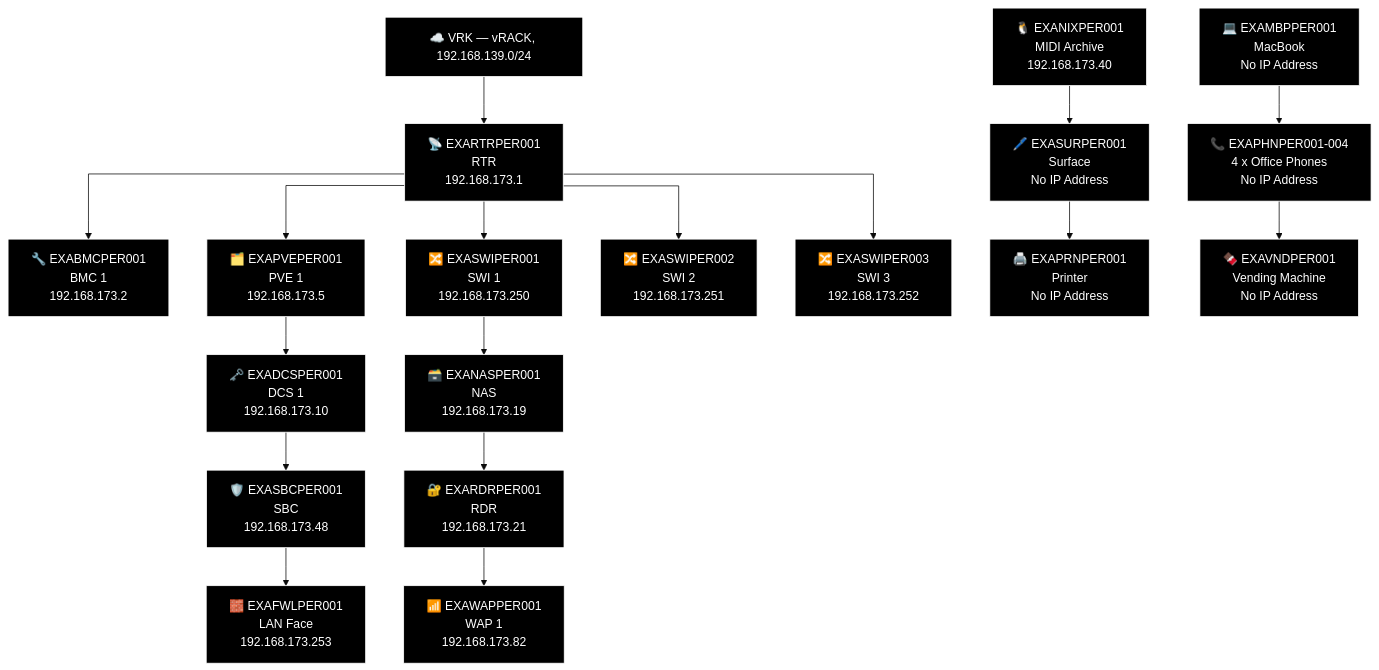
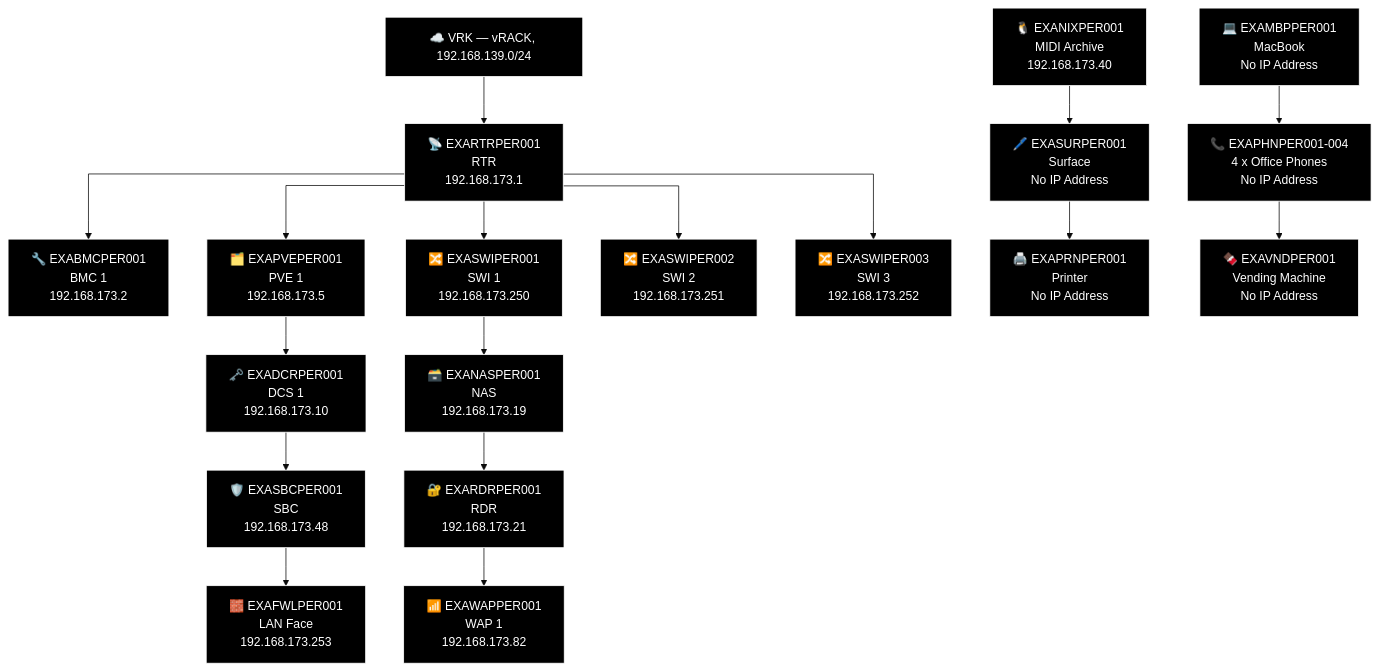
One commit to knightmare2600/example_music_infra changed diagram 18 of 21 in docs/network-diagram/scotland.md. Above: the diagram before and after it, drawn with Mermaid (base theme). The commit also changed other lines of this file and 8 other files, not shown here.

````diff
--- a/docs/network-diagram/scotland.md
+++ b/docs/network-diagram/scotland.md
@@ -1038,54 +1013,54 @@
 ```mermaid
 %% GENERATED:TOPOLOGY:PER:START
 %%{init: {'flowchart': {'curve': 'stepAfter'}}}%%
 graph TD
     T_VRK["☁️ VRK — vRACK, 192.168.139.0/24"]
     T_RTR["📡 EXARTRPER001<br/>RTR<br/>192.168.173.1"]
     T_VRK --> T_RTR
     T_BMC["🔧 EXABMCPER001<br/>BMC 1<br/>192.168.173.2"]
     T_RTR --> T_BMC
     T_PVE["🗂️ EXAPVEPER001<br/>PVE 1<br/>192.168.173.5"]
     T_RTR --> T_PVE
     T_SWI["🔀 EXASWIPER001<br/>SWI 1<br/>192.168.173.250"]
     T_RTR --> T_SWI
     T_SWI2["🔀 EXASWIPER002<br/>SWI 2<br/>192.168.173.251"]
     T_RTR --> T_SWI2
     T_SWI3["🔀 EXASWIPER003<br/>SWI 3<br/>192.168.173.252"]
     T_RTR --> T_SWI3
     T_NAS["🗃️ EXANASPER001<br/>NAS<br/>192.168.173.19"]
     T_RDR["🔐 EXARDRPER001<br/>RDR<br/>192.168.173.21"]
     T_WAP["📶 EXAWAPPER001<br/>WAP 1<br/>192.168.173.82"]
     T_SWI --> T_NAS --> T_RDR --> T_WAP
-    T_DCS["🗝️ EXADCSPER001<br/>DCS 1<br/>192.168.173.10"]
+    T_DCS["🗝️ EXADCRPER001<br/>DCS 1<br/>192.168.173.10"]
     T_SBC["🛡️ EXASBCPER001<br/>SBC<br/>192.168.173.48"]
     T_FWL["🧱 EXAFWLPER001<br/>LAN Face<br/>192.168.173.253"]
     T_PVE --> T_DCS --> T_SBC --> T_FWL
     T_NIX["🐧 EXANIXPER001<br/>MIDI Archive<br/>192.168.173.40"]
     T_MBP["💻 EXAMBPPER001<br/>MacBook<br/>No IP Address"]
     T_SUR["🖊️ EXASURPER001<br/>Surface<br/>No IP Address"]
     T_OTH_PHN["📞 EXAPHNPER001-004<br/>4 x Office Phones<br/>No IP Address"]
     T_PRN["🖨️ EXAPRNPER001<br/>Printer<br/>No IP Address"]
     T_VND["🍫 EXAVNDPER001<br/>Vending Machine<br/>No IP Address"]
     T_NIX --> T_SUR --> T_PRN
     T_MBP --> T_OTH_PHN --> T_VND
     style T_VRK fill:#000000,stroke:#FFFFFF,color:#FFFFFF
     style T_RTR fill:#000000,stroke:#FFFFFF,color:#FFFFFF
     style T_BMC fill:#000000,stroke:#FFFFFF,color:#FFFFFF
     style T_PVE fill:#000000,stroke:#FFFFFF,color:#FFFFFF
     style T_SWI fill:#000000,stroke:#FFFFFF,color:#FFFFFF
     style T_SWI2 fill:#000000,stroke:#FFFFFF,color:#FFFFFF
     style T_SWI3 fill:#000000,stroke:#FFFFFF,color:#FFFFFF
     style T_NAS fill:#000000,stroke:#FFFFFF,color:#FFFFFF
     style T_RDR fill:#000000,stroke:#FFFFFF,color:#FFFFFF
     style T_WAP fill:#000000,stroke:#FFFFFF,color:#FFFFFF
     style T_DCS fill:#000000,stroke:#FFFFFF,color:#FFFFFF
     style T_SBC fill:#000000,stroke:#FFFFFF,color:#FFFFFF
     style T_FWL fill:#000000,stroke:#FFFFFF,color:#FFFFFF
     style T_NIX fill:#000000,stroke:#FFFFFF,color:#FFFFFF
     style T_MBP fill:#000000,stroke:#FFFFFF,color:#FFFFFF
     style T_SUR fill:#000000,stroke:#FFFFFF,color:#FFFFFF
     style T_OTH_PHN fill:#000000,stroke:#FFFFFF,color:#FFFFFF
     style T_PRN fill:#000000,stroke:#FFFFFF,color:#FFFFFF
     style T_VND fill:#000000,stroke:#FFFFFF,color:#FFFFFF
 %% GENERATED:TOPOLOGY:PER:END
 ```
````
